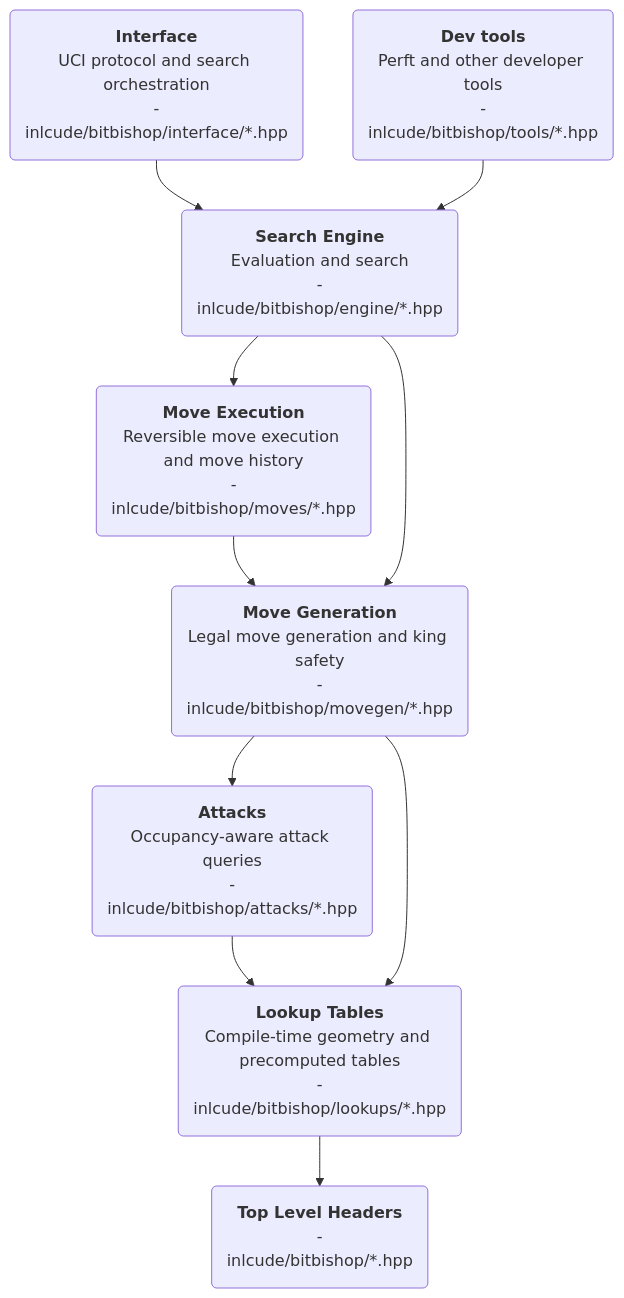
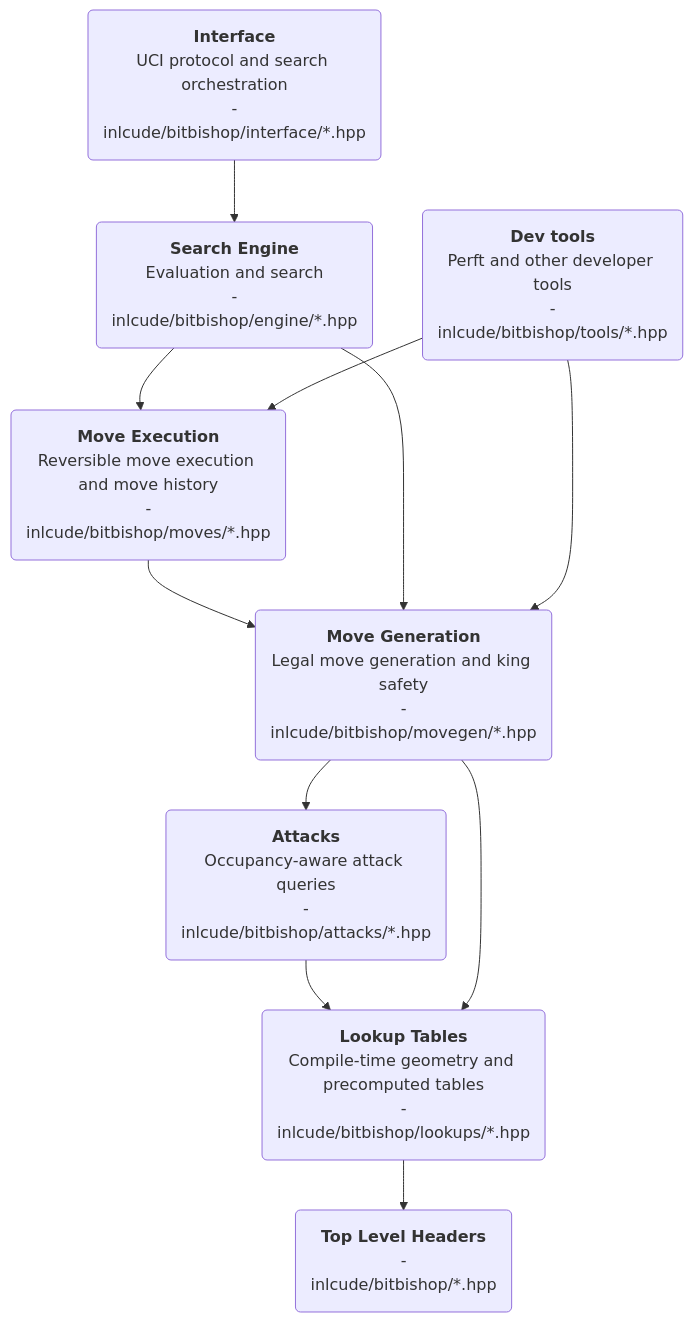
One commit to Hardcode3/BitBishop changed the diagram in include/bitbishop/readme.md. Above: the diagram before and after it, drawn with Mermaid. The commit also changed 1 other file, not shown here.

Commit message:
updated moves doc

````diff
--- a/include/bitbishop/readme.md
+++ b/include/bitbishop/readme.md
@@ -47,67 +47,68 @@
 ```mermaid
 flowchart TD
 
     TopLevelHeaders("`
         **Top Level Headers**
         -
         inlcude/bitbishop/*.hpp
     `")
     LookupTables("`
         **Lookup Tables**
         Compile-time geometry and precomputed tables
         -
         inlcude/bitbishop/lookups/*.hpp
     `")
     Attacks("`
         **Attacks**
         Occupancy-aware attack queries
         -
         inlcude/bitbishop/attacks/*.hpp
     `")
     MoveGen("`
         **Move Generation**
         Legal move generation and king safety
         -
         inlcude/bitbishop/movegen/*.hpp
     `")
     Moves("`
         **Move Execution**
         Reversible move execution and move history
         -
         inlcude/bitbishop/moves/*.hpp
     `")
     Engine("`
         **Search Engine**
         Evaluation and search
         -
         inlcude/bitbishop/engine/*.hpp
     `")
     Interface("`
         **Interface**
         UCI protocol and search orchestration
         -
         inlcude/bitbishop/interface/*.hpp
     `")
     Tools("`
         **Dev tools**
         Perft and other developer tools
         -
         inlcude/bitbishop/tools/*.hpp
     `")
 
     LookupTables --> TopLevelHeaders
 
     Attacks --> LookupTables
 
     MoveGen --> Attacks
     MoveGen --> LookupTables
 
     Moves --> MoveGen
 
     Engine --> Moves
     Engine --> MoveGen
 
     Interface --> Engine
 
-    Tools --> Engine
+    Tools --> Moves
+    Tools --> MoveGen
 ```
````
